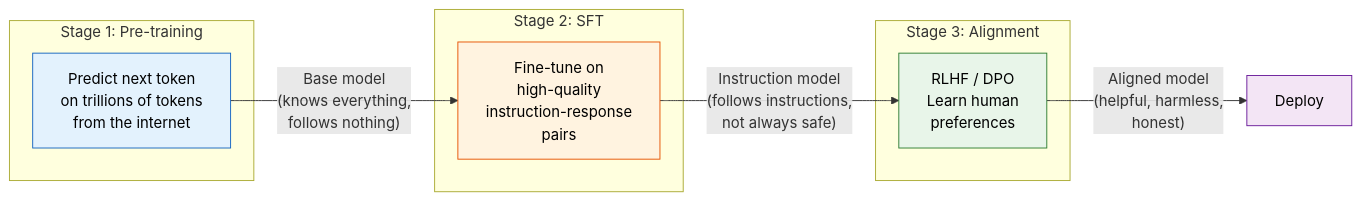
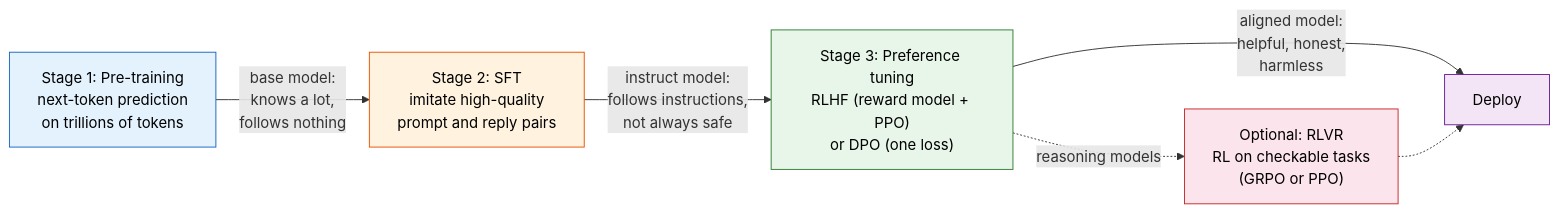
One commit to Hmago/ml4 changed the ninth of 26 diagrams in content/34b_google_top10_ml_interview_part2.md. Above: the diagram before and after it, drawn with Mermaid. The commit also changed other lines of this file and 59 other files, not shown here.

````diff
--- a/content/34b_google_top10_ml_interview_part2.md
+++ b/content/34b_google_top10_ml_interview_part2.md
@@ -745,23 +1206,20 @@
 ```mermaid
 graph LR
-    subgraph "Stage 1: Pre-training"
-        PT["Predict next token<br/>on trillions of tokens<br/>from the internet"]
-    end
+    PT["Stage 1: Pre-training<br/>next-token prediction<br/>on trillions of tokens"]
+    SFT["Stage 2: SFT<br/>imitate high-quality<br/>prompt and reply pairs"]
+    ALIGN["Stage 3: Preference tuning<br/>RLHF (reward model + PPO)<br/>or DPO (one loss)"]
+    RLVR["Optional: RLVR<br/>RL on checkable tasks<br/>(GRPO or PPO)"]
+    DEPLOY["Deploy"]
 
-    subgraph "Stage 2: SFT"
-        SFT["Fine-tune on<br/>high-quality<br/>instruction-response<br/>pairs"]
-    end
-
-    subgraph "Stage 3: Alignment"
-        RLHF["RLHF / DPO<br/>Learn human<br/>preferences"]
-    end
-
-    PT -->|"Base model<br/>(knows everything,<br/>follows nothing)"| SFT
-    SFT -->|"Instruction model<br/>(follows instructions,<br/>not always safe)"| RLHF
-    RLHF -->|"Aligned model<br/>(helpful, harmless,<br/>honest)"| DEPLOY["Deploy"]
+    PT -->|"base model:<br/>knows a lot,<br/>follows nothing"| SFT
+    SFT -->|"instruct model:<br/>follows instructions,<br/>not always safe"| ALIGN
+    ALIGN -->|"aligned model:<br/>helpful, honest,<br/>harmless"| DEPLOY
+    ALIGN -.->|"reasoning models"| RLVR
+    RLVR -.-> DEPLOY
 
     style PT fill:#e3f2fd,stroke:#1565c0,color:#000
     style SFT fill:#fff3e0,stroke:#e65100,color:#000
-    style RLHF fill:#e8f5e9,stroke:#2e7d32,color:#000
+    style ALIGN fill:#e8f5e9,stroke:#2e7d32,color:#000
+    style RLVR fill:#fce4ec,stroke:#c62828,color:#000
     style DEPLOY fill:#f3e5f5,stroke:#6a1b9a,color:#000
 ```
````
